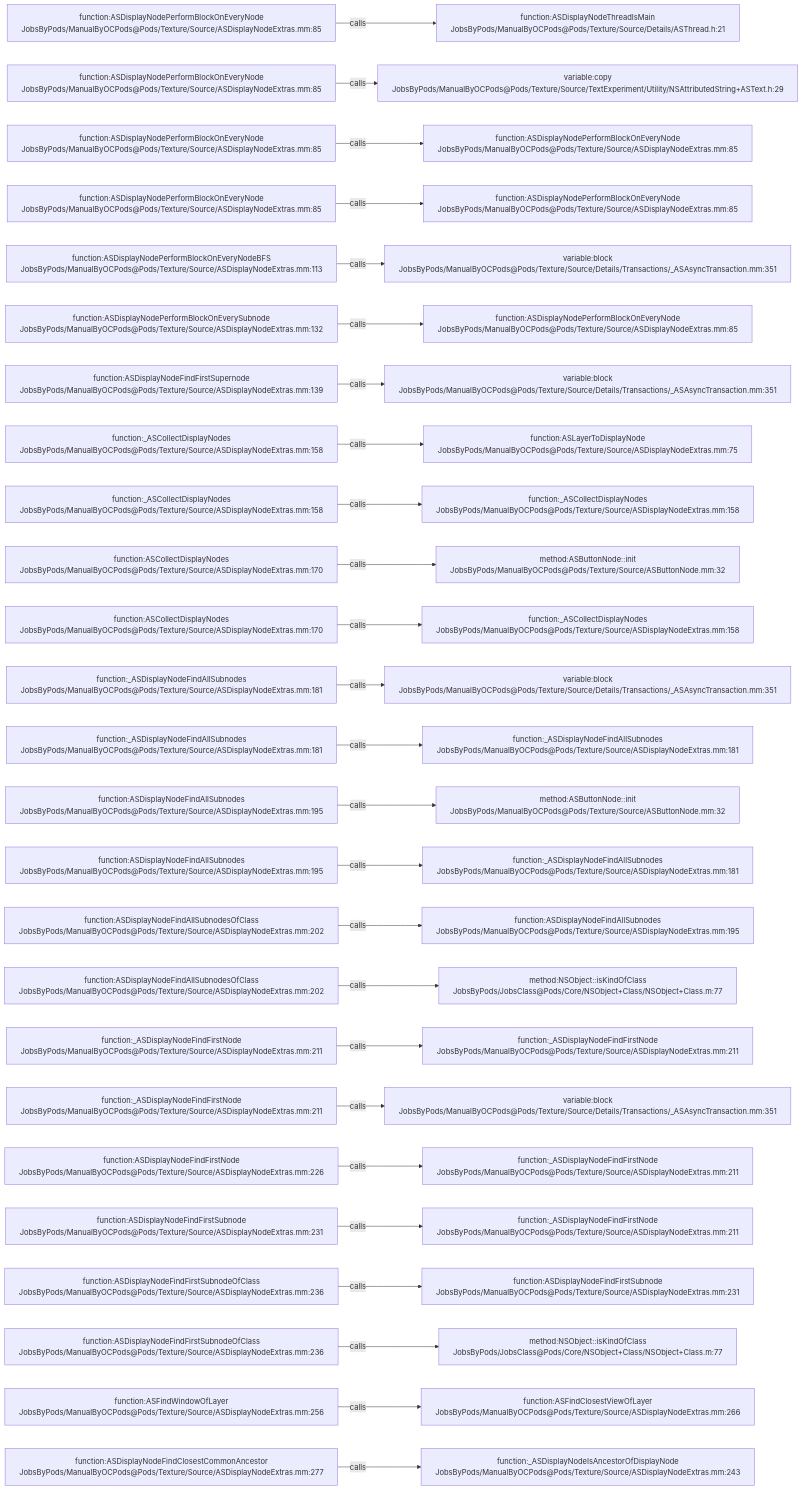
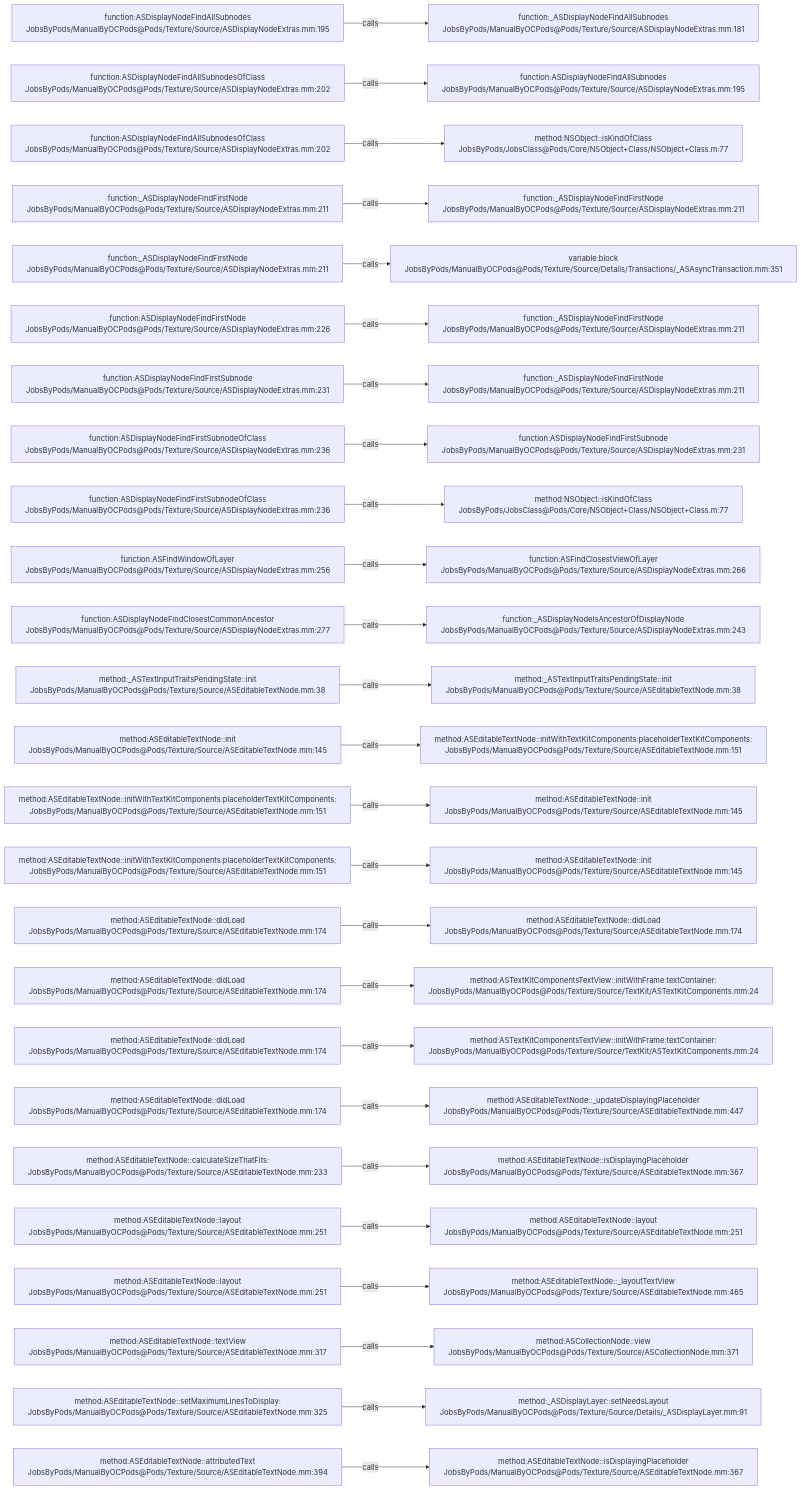
Before and after one commit to JobsKits/JobsOCBaseConfigDemo: the diagram in .codegraph/codegraph.md/graphs/calls-108.md, drawn with Mermaid. The commit also changed 296 other files, not shown here.

````diff
--- a/.codegraph/codegraph.md/graphs/calls-108.md
+++ b/.codegraph/codegraph.md/graphs/calls-108.md
@@ -13,78 +13,78 @@
 ```mermaid
 flowchart LR
-  S1["function:ASDisplayNodePerformBlockOnEveryNode<br/>JobsByPods/ManualByOCPods@Pods/Texture/Source/ASDisplayNodeExtras.mm:85"]
-  T1["function:ASDisplayNodeThreadIsMain<br/>JobsByPods/ManualByOCPods@Pods/Texture/Source/Details/ASThread.h:21"]
+  S1["function:ASDisplayNodeFindAllSubnodes<br/>JobsByPods/ManualByOCPods@Pods/Texture/Source/ASDisplayNodeExtras.mm:195"]
+  T1["function:_ASDisplayNodeFindAllSubnodes<br/>JobsByPods/ManualByOCPods@Pods/Texture/Source/ASDisplayNodeExtras.mm:181"]
   S1 -->|calls| T1
-  S2["function:ASDisplayNodePerformBlockOnEveryNode<br/>JobsByPods/ManualByOCPods@Pods/Texture/Source/ASDisplayNodeExtras.mm:85"]
-  T2["variable:copy<br/>JobsByPods/ManualByOCPods@Pods/Texture/Source/TextExperiment/Utility/NSAttributedString+ASText.h:29"]
+  S2["function:ASDisplayNodeFindAllSubnodesOfClass<br/>JobsByPods/ManualByOCPods@Pods/Texture/Source/ASDisplayNodeExtras.mm:202"]
+  T2["function:ASDisplayNodeFindAllSubnodes<br/>JobsByPods/ManualByOCPods@Pods/Texture/Source/ASDisplayNodeExtras.mm:195"]
   S2 -->|calls| T2
-  S3["function:ASDisplayNodePerformBlockOnEveryNode<br/>JobsByPods/ManualByOCPods@Pods/Texture/Source/ASDisplayNodeExtras.mm:85"]
-  T3["function:ASDisplayNodePerformBlockOnEveryNode<br/>JobsByPods/ManualByOCPods@Pods/Texture/Source/ASDisplayNodeExtras.mm:85"]
+  S3["function:ASDisplayNodeFindAllSubnodesOfClass<br/>JobsByPods/ManualByOCPods@Pods/Texture/Source/ASDisplayNodeExtras.mm:202"]
+  T3["method:NSObject::isKindOfClass<br/>JobsByPods/JobsClass@Pods/Core/NSObject+Class/NSObject+Class.m:77"]
   S3 -->|calls| T3
-  S4["function:ASDisplayNodePerformBlockOnEveryNode<br/>JobsByPods/ManualByOCPods@Pods/Texture/Source/ASDisplayNodeExtras.mm:85"]
-  T4["function:ASDisplayNodePerformBlockOnEveryNode<br/>JobsByPods/ManualByOCPods@Pods/Texture/Source/ASDisplayNodeExtras.mm:85"]
+  S4["function:_ASDisplayNodeFindFirstNode<br/>JobsByPods/ManualByOCPods@Pods/Texture/Source/ASDisplayNodeExtras.mm:211"]
+  T4["function:_ASDisplayNodeFindFirstNode<br/>JobsByPods/ManualByOCPods@Pods/Texture/Source/ASDisplayNodeExtras.mm:211"]
   S4 -->|calls| T4
-  S5["function:ASDisplayNodePerformBlockOnEveryNodeBFS<br/>JobsByPods/ManualByOCPods@Pods/Texture/Source/ASDisplayNodeExtras.mm:113"]
+  S5["function:_ASDisplayNodeFindFirstNode<br/>JobsByPods/ManualByOCPods@Pods/Texture/Source/ASDisplayNodeExtras.mm:211"]
   T5["variable:block<br/>JobsByPods/ManualByOCPods@Pods/Texture/Source/Details/Transactions/_ASAsyncTransaction.mm:351"]
   S5 -->|calls| T5
-  S6["function:ASDisplayNodePerformBlockOnEverySubnode<br/>JobsByPods/ManualByOCPods@Pods/Texture/Source/ASDisplayNodeExtras.mm:132"]
-  T6["function:ASDisplayNodePerformBlockOnEveryNode<br/>JobsByPods/ManualByOCPods@Pods/Texture/Source/ASDisplayNodeExtras.mm:85"]
+  S6["function:ASDisplayNodeFindFirstNode<br/>JobsByPods/ManualByOCPods@Pods/Texture/Source/ASDisplayNodeExtras.mm:226"]
+  T6["function:_ASDisplayNodeFindFirstNode<br/>JobsByPods/ManualByOCPods@Pods/Texture/Source/ASDisplayNodeExtras.mm:211"]
   S6 -->|calls| T6
-  S7["function:ASDisplayNodeFindFirstSupernode<br/>JobsByPods/ManualByOCPods@Pods/Texture/Source/ASDisplayNodeExtras.mm:139"]
-  T7["variable:block<br/>JobsByPods/ManualByOCPods@Pods/Texture/Source/Details/Transactions/_ASAsyncTransaction.mm:351"]
+  S7["function:ASDisplayNodeFindFirstSubnode<br/>JobsByPods/ManualByOCPods@Pods/Texture/Source/ASDisplayNodeExtras.mm:231"]
+  T7["function:_ASDisplayNodeFindFirstNode<br/>JobsByPods/ManualByOCPods@Pods/Texture/Source/ASDisplayNodeExtras.mm:211"]
   S7 -->|calls| T7
-  S8["function:_ASCollectDisplayNodes<br/>JobsByPods/ManualByOCPods@Pods/Texture/Source/ASDisplayNodeExtras.mm:158"]
-  T8["function:ASLayerToDisplayNode<br/>JobsByPods/ManualByOCPods@Pods/Texture/Source/ASDisplayNodeExtras.mm:75"]
+  S8["function:ASDisplayNodeFindFirstSubnodeOfClass<br/>JobsByPods/ManualByOCPods@Pods/Texture/Source/ASDisplayNodeExtras.mm:236"]
+  T8["function:ASDisplayNodeFindFirstSubnode<br/>JobsByPods/ManualByOCPods@Pods/Texture/Source/ASDisplayNodeExtras.mm:231"]
   S8 -->|calls| T8
-  S9["function:_ASCollectDisplayNodes<br/>JobsByPods/ManualByOCPods@Pods/Texture/Source/ASDisplayNodeExtras.mm:158"]
-  T9["function:_ASCollectDisplayNodes<br/>JobsByPods/ManualByOCPods@Pods/Texture/Source/ASDisplayNodeExtras.mm:158"]
+  S9["function:ASDisplayNodeFindFirstSubnodeOfClass<br/>JobsByPods/ManualByOCPods@Pods/Texture/Source/ASDisplayNodeExtras.mm:236"]
+  T9["method:NSObject::isKindOfClass<br/>JobsByPods/JobsClass@Pods/Core/NSObject+Class/NSObject+Class.m:77"]
   S9 -->|calls| T9
-  S10["function:ASCollectDisplayNodes<br/>JobsByPods/ManualByOCPods@Pods/Texture/Source/ASDisplayNodeExtras.mm:170"]
-  T10["method:ASButtonNode::init<br/>JobsByPods/ManualByOCPods@Pods/Texture/Source/ASButtonNode.mm:32"]
+  S10["function:ASFindWindowOfLayer<br/>JobsByPods/ManualByOCPods@Pods/Texture/Source/ASDisplayNodeExtras.mm:256"]
+  T10["function:ASFindClosestViewOfLayer<br/>JobsByPods/ManualByOCPods@Pods/Texture/Source/ASDisplayNodeExtras.mm:266"]
   S10 -->|calls| T10
-  S11["function:ASCollectDisplayNodes<br/>JobsByPods/ManualByOCPods@Pods/Texture/Source/ASDisplayNodeExtras.mm:170"]
-  T11["function:_ASCollectDisplayNodes<br/>JobsByPods/ManualByOCPods@Pods/Texture/Source/ASDisplayNodeExtras.mm:158"]
+  S11["function:ASDisplayNodeFindClosestCommonAncestor<br/>JobsByPods/ManualByOCPods@Pods/Texture/Source/ASDisplayNodeExtras.mm:277"]
+  T11["function:_ASDisplayNodeIsAncestorOfDisplayNode<br/>JobsByPods/ManualByOCPods@Pods/Texture/Source/ASDisplayNodeExtras.mm:243"]
   S11 -->|calls| T11
-  S12["function:_ASDisplayNodeFindAllSubnodes<br/>JobsByPods/ManualByOCPods@Pods/Texture/Source/ASDisplayNodeExtras.mm:181"]
-  T12["variable:block<br/>JobsByPods/ManualByOCPods@Pods/Texture/Source/Details/Transactions/_ASAsyncTransaction.mm:351"]
+  S12["method:_ASTextInputTraitsPendingState::init<br/>JobsByPods/ManualByOCPods@Pods/Texture/Source/ASEditableTextNode.mm:38"]
+  T12["method:_ASTextInputTraitsPendingState::init<br/>JobsByPods/ManualByOCPods@Pods/Texture/Source/ASEditableTextNode.mm:38"]
   S12 -->|calls| T12
-  S13["function:_ASDisplayNodeFindAllSubnodes<br/>JobsByPods/ManualByOCPods@Pods/Texture/Source/ASDisplayNodeExtras.mm:181"]
-  T13["function:_ASDisplayNodeFindAllSubnodes<br/>JobsByPods/ManualByOCPods@Pods/Texture/Source/ASDisplayNodeExtras.mm:181"]
+  S13["method:ASEditableTextNode::init<br/>JobsByPods/ManualByOCPods@Pods/Texture/Source/ASEditableTextNode.mm:145"]
+  T13["method:ASEditableTextNode::initWithTextKitComponents:placeholderTextKitComponents:<br/>JobsByPods/ManualByOCPods@Pods/Texture/Source/ASEditableTextNode.mm:151"]
   S13 -->|calls| T13
-  S14["function:ASDisplayNodeFindAllSubnodes<br/>JobsByPods/ManualByOCPods@Pods/Texture/Source/ASDisplayNodeExtras.mm:195"]
-  T14["method:ASButtonNode::init<br/>JobsByPods/ManualByOCPods@Pods/Texture/Source/ASButtonNode.mm:32"]
+  S14["method:ASEditableTextNode::initWithTextKitComponents:placeholderTextKitComponents:<br/>JobsByPods/ManualByOCPods@Pods/Texture/Source/ASEditableTextNode.mm:151"]
+  T14["method:ASEditableTextNode::init<br/>JobsByPods/ManualByOCPods@Pods/Texture/Source/ASEditableTextNode.mm:145"]
   S14 -->|calls| T14
-  S15["function:ASDisplayNodeFindAllSubnodes<br/>JobsByPods/ManualByOCPods@Pods/Texture/Source/ASDisplayNodeExtras.mm:195"]
-  T15["function:_ASDisplayNodeFindAllSubnodes<br/>JobsByPods/ManualByOCPods@Pods/Texture/Source/ASDisplayNodeExtras.mm:181"]
+  S15["method:ASEditableTextNode::initWithTextKitComponents:placeholderTextKitComponents:<br/>JobsByPods/ManualByOCPods@Pods/Texture/Source/ASEditableTextNode.mm:151"]
+  T15["method:ASEditableTextNode::init<br/>JobsByPods/ManualByOCPods@Pods/Texture/Source/ASEditableTextNode.mm:145"]
   S15 -->|calls| T15
-  S16["function:ASDisplayNodeFindAllSubnodesOfClass<br/>JobsByPods/ManualByOCPods@Pods/Texture/Source/ASDisplayNodeExtras.mm:202"]
-  T16["function:ASDisplayNodeFindAllSubnodes<br/>JobsByPods/ManualByOCPods@Pods/Texture/Source/ASDisplayNodeExtras.mm:195"]
+  S16["method:ASEditableTextNode::didLoad<br/>JobsByPods/ManualByOCPods@Pods/Texture/Source/ASEditableTextNode.mm:174"]
+  T16["method:ASEditableTextNode::didLoad<br/>JobsByPods/ManualByOCPods@Pods/Texture/Source/ASEditableTextNode.mm:174"]
   S16 -->|calls| T16
-  S17["function:ASDisplayNodeFindAllSubnodesOfClass<br/>JobsByPods/ManualByOCPods@Pods/Texture/Source/ASDisplayNodeExtras.mm:202"]
-  T17["method:NSObject::isKindOfClass<br/>JobsByPods/JobsClass@Pods/Core/NSObject+Class/NSObject+Class.m:77"]
+  S17["method:ASEditableTextNode::didLoad<br/>JobsByPods/ManualByOCPods@Pods/Texture/Source/ASEditableTextNode.mm:174"]
+  T17["method:ASTextKitComponentsTextView::initWithFrame:textContainer:<br/>JobsByPods/ManualByOCPods@Pods/Texture/Source/TextKit/ASTextKitComponents.mm:24"]
   S17 -->|calls| T17
-  S18["function:_ASDisplayNodeFindFirstNode<br/>JobsByPods/ManualByOCPods@Pods/Texture/Source/ASDisplayNodeExtras.mm:211"]
-  T18["function:_ASDisplayNodeFindFirstNode<br/>JobsByPods/ManualByOCPods@Pods/Texture/Source/ASDisplayNodeExtras.mm:211"]
+  S18["method:ASEditableTextNode::didLoad<br/>JobsByPods/ManualByOCPods@Pods/Texture/Source/ASEditableTextNode.mm:174"]
+  T18["method:ASTextKitComponentsTextView::initWithFrame:textContainer:<br/>JobsByPods/ManualByOCPods@Pods/Texture/Source/TextKit/ASTextKitComponents.mm:24"]
   S18 -->|calls| T18
-  S19["function:_ASDisplayNodeFindFirstNode<br/>JobsByPods/ManualByOCPods@Pods/Texture/Source/ASDisplayNodeExtras.mm:211"]
-  T19["variable:block<br/>JobsByPods/ManualByOCPods@Pods/Texture/Source/Details/Transactions/_ASAsyncTransaction.mm:351"]
+  S19["method:ASEditableTextNode::didLoad<br/>JobsByPods/ManualByOCPods@Pods/Texture/Source/ASEditableTextNode.mm:174"]
+  T19["method:ASEditableTextNode::_updateDisplayingPlaceholder<br/>JobsByPods/ManualByOCPods@Pods/Texture/Source/ASEditableTextNode.mm:447"]
   S19 -->|calls| T19
-  S20["function:ASDisplayNodeFindFirstNode<br/>JobsByPods/ManualByOCPods@Pods/Texture/Source/ASDisplayNodeExtras.mm:226"]
-  T20["function:_ASDisplayNodeFindFirstNode<br/>JobsByPods/ManualByOCPods@Pods/Texture/Source/ASDisplayNodeExtras.mm:211"]
+  S20["method:ASEditableTextNode::calculateSizeThatFits:<br/>JobsByPods/ManualByOCPods@Pods/Texture/Source/ASEditableTextNode.mm:233"]
+  T20["method:ASEditableTextNode::isDisplayingPlaceholder<br/>JobsByPods/ManualByOCPods@Pods/Texture/Source/ASEditableTextNode.mm:367"]
   S20 -->|calls| T20
-  S21["function:ASDisplayNodeFindFirstSubnode<br/>JobsByPods/ManualByOCPods@Pods/Texture/Source/ASDisplayNodeExtras.mm:231"]
-  T21["function:_ASDisplayNodeFindFirstNode<br/>JobsByPods/ManualByOCPods@Pods/Texture/Source/ASDisplayNodeExtras.mm:211"]
+  S21["method:ASEditableTextNode::layout<br/>JobsByPods/ManualByOCPods@Pods/Texture/Source/ASEditableTextNode.mm:251"]
+  T21["method:ASEditableTextNode::layout<br/>JobsByPods/ManualByOCPods@Pods/Texture/Source/ASEditableTextNode.mm:251"]
   S21 -->|calls| T21
-  S22["function:ASDisplayNodeFindFirstSubnodeOfClass<br/>JobsByPods/ManualByOCPods@Pods/Texture/Source/ASDisplayNodeExtras.mm:236"]
-  T22["function:ASDisplayNodeFindFirstSubnode<br/>JobsByPods/ManualByOCPods@Pods/Texture/Source/ASDisplayNodeExtras.mm:231"]
+  S22["method:ASEditableTextNode::layout<br/>JobsByPods/ManualByOCPods@Pods/Texture/Source/ASEditableTextNode.mm:251"]
+  T22["method:ASEditableTextNode::_layoutTextView<br/>JobsByPods/ManualByOCPods@Pods/Texture/Source/ASEditableTextNode.mm:465"]
   S22 -->|calls| T22
-  S23["function:ASDisplayNodeFindFirstSubnodeOfClass<br/>JobsByPods/ManualByOCPods@Pods/Texture/Source/ASDisplayNodeExtras.mm:236"]
-  T23["method:NSObject::isKindOfClass<br/>JobsByPods/JobsClass@Pods/Core/NSObject+Class/NSObject+Class.m:77"]
+  S23["method:ASEditableTextNode::textView<br/>JobsByPods/ManualByOCPods@Pods/Texture/Source/ASEditableTextNode.mm:317"]
+  T23["method:ASCollectionNode::view<br/>JobsByPods/ManualByOCPods@Pods/Texture/Source/ASCollectionNode.mm:371"]
   S23 -->|calls| T23
-  S24["function:ASFindWindowOfLayer<br/>JobsByPods/ManualByOCPods@Pods/Texture/Source/ASDisplayNodeExtras.mm:256"]
-  T24["function:ASFindClosestViewOfLayer<br/>JobsByPods/ManualByOCPods@Pods/Texture/Source/ASDisplayNodeExtras.mm:266"]
+  S24["method:ASEditableTextNode::setMaximumLinesToDisplay:<br/>JobsByPods/ManualByOCPods@Pods/Texture/Source/ASEditableTextNode.mm:325"]
+  T24["method:_ASDisplayLayer::setNeedsLayout<br/>JobsByPods/ManualByOCPods@Pods/Texture/Source/Details/_ASDisplayLayer.mm:91"]
   S24 -->|calls| T24
-  S25["function:ASDisplayNodeFindClosestCommonAncestor<br/>JobsByPods/ManualByOCPods@Pods/Texture/Source/ASDisplayNodeExtras.mm:277"]
-  T25["function:_ASDisplayNodeIsAncestorOfDisplayNode<br/>JobsByPods/ManualByOCPods@Pods/Texture/Source/ASDisplayNodeExtras.mm:243"]
+  S25["method:ASEditableTextNode::attributedText<br/>JobsByPods/ManualByOCPods@Pods/Texture/Source/ASEditableTextNode.mm:394"]
+  T25["method:ASEditableTextNode::isDisplayingPlaceholder<br/>JobsByPods/ManualByOCPods@Pods/Texture/Source/ASEditableTextNode.mm:367"]
   S25 -->|calls| T25
 ```
````
